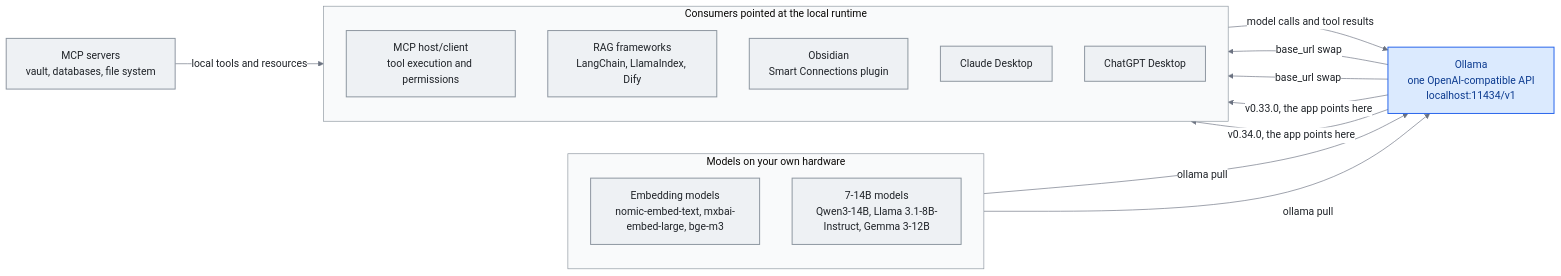
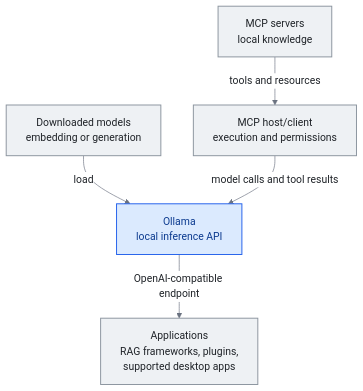
Before and after one commit to kennethlaw325/awesome-llm-knowledge-systems: the diagram in chapters/12-local-models.md, drawn with Mermaid. The commit also changed other lines of this file and 13 other files, not shown here.

Commit message:
Propagate factual corrections and improve narrow-screen diagram

````diff
--- a/chapters/12-local-models.md
+++ b/chapters/12-local-models.md
@@ -11,32 +13,16 @@
 ```mermaid
-%%{init: {'theme':'base','themeVariables':{'primaryColor':'#eef1f4','primaryTextColor':'#1f2328','primaryBorderColor':'#8c959f','lineColor':'#6b7280','tertiaryColor':'#f6f8fa','clusterBkg':'#f9fafb','clusterBorder':'#8c959f','edgeLabelBackground':'#ffffff'}}}%%
-flowchart LR
-    subgraph LOCAL["Models on your own hardware"]
-      direction TB
-      EMB["Embedding models<br/>nomic-embed-text, mxbai-embed-large, bge-m3"]
-      GEN["7-14B models<br/>Qwen3-14B, Llama 3.1-8B-Instruct, Gemma 3-12B"]
-    end
-    EMB -->|ollama pull| OLL
-    GEN -->|ollama pull| OLL
-    MCPS["MCP servers<br/>vault, databases, file system"] -->|local tools and resources| HOST
-    OLL["Ollama<br/>one OpenAI-compatible API<br/>localhost:11434/v1"]
-    subgraph CONS["Consumers pointed at the local runtime"]
-      direction TB
-      RAG["RAG frameworks<br/>LangChain, LlamaIndex, Dify"]
-      OBS["Obsidian<br/>Smart Connections plugin"]
-      CD["Claude Desktop"]
-      CG["ChatGPT Desktop"]
-      HOST["MCP host/client<br/>tool execution and permissions"]
-    end
-    OLL -->|base_url swap| RAG
-    OLL -->|base_url swap| OBS
-    OLL -->|v0.33.0, the app points here| CD
-    OLL -->|v0.34.0, the app points here| CG
+%%{init: {'flowchart':{'useMaxWidth':false},'theme':'base','themeVariables':{'primaryColor':'#eef1f4','primaryTextColor':'#1f2328','primaryBorderColor':'#8c959f','lineColor':'#6b7280','tertiaryColor':'#f6f8fa','clusterBkg':'#f9fafb','clusterBorder':'#8c959f','edgeLabelBackground':'#ffffff'}}}%%
+flowchart TB
+    MODELS["Downloaded models<br/>embedding or generation"] -->|load| OLL
+    MCPS["MCP servers<br/>local knowledge"] -->|tools and resources| HOST
+    HOST["MCP host/client<br/>execution and permissions"]
+    OLL["Ollama<br/>local inference API"]
     HOST -->|model calls and tool results| OLL
-    class EMB,GEN,RAG,OBS,MCPS,CD,CG,HOST stable
+    OLL -->|OpenAI-compatible endpoint| APPS["Applications<br/>RAG frameworks, plugins,<br/>supported desktop apps"]
+    class MODELS,MCPS,HOST,APPS stable
     class OLL accent
 classDef stable fill:#eef1f4,stroke:#8c959f,stroke-width:1.5px,color:#1f2328
 classDef accent fill:#dbeafe,stroke:#2563eb,stroke-width:1.5px,color:#0b3a8f
 classDef muted fill:#f6f8fa,stroke:#adb5bd,stroke-width:1.5px,color:#57606a
 classDef gate fill:#ffffff,stroke:#2563eb,stroke-width:1.5px,color:#0b3a8f
 ```
````
